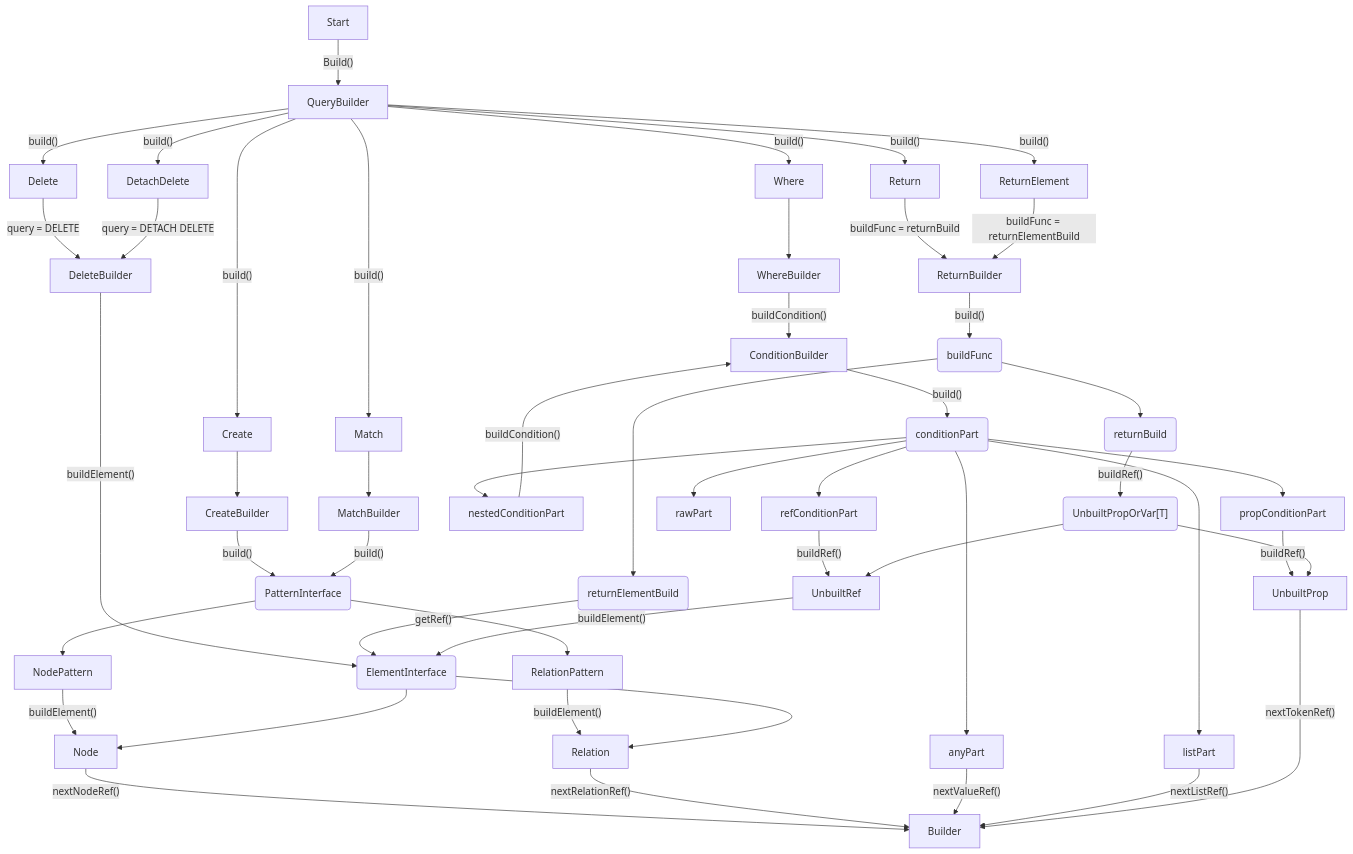
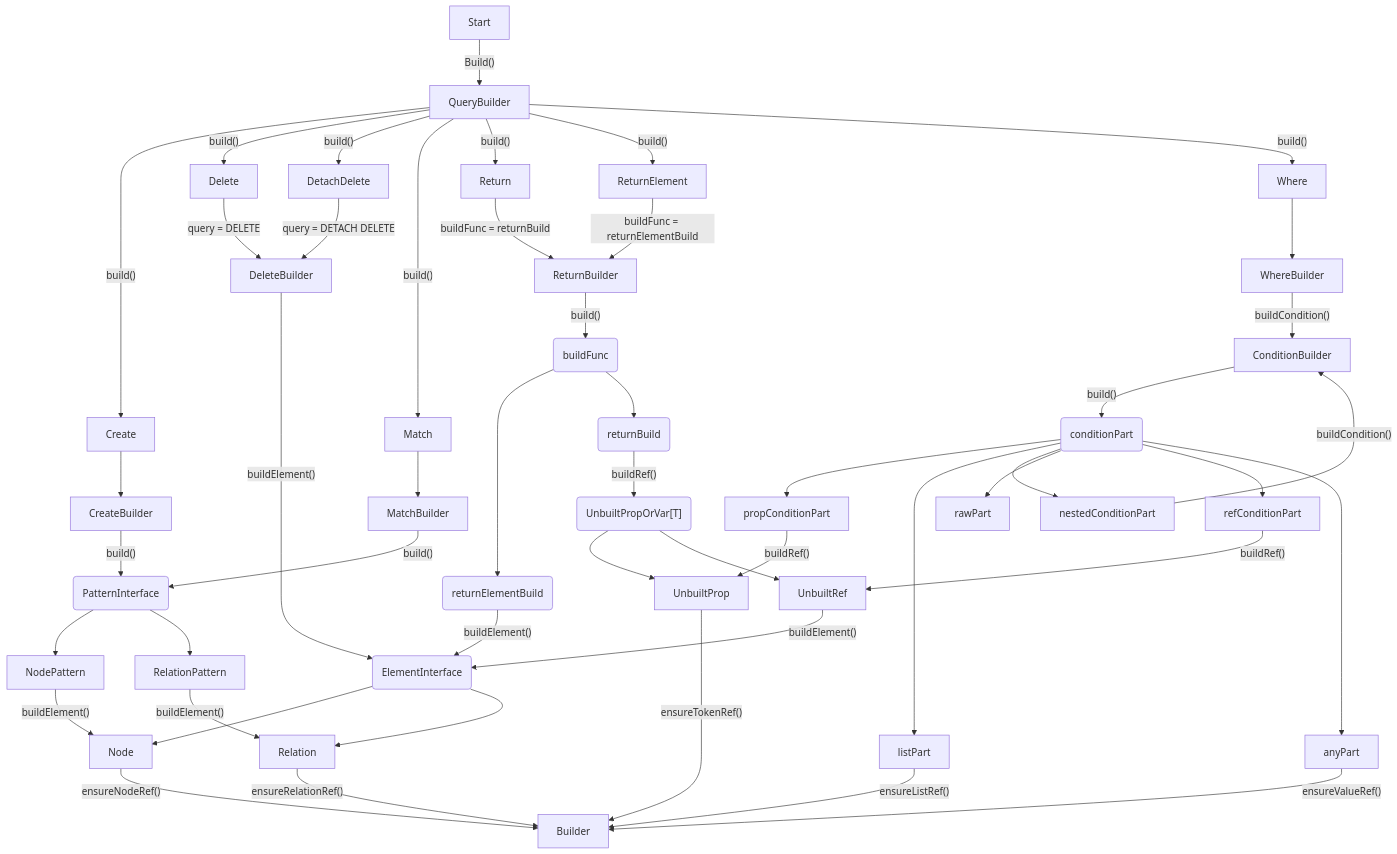
Before and after one commit to Deb84/NeoQueries: the diagram in docs/Build architecture.mermaid, drawn with Mermaid.

Commit message:
docs: update mermaid build diagram

```diff
--- a/docs/Build architecture.mermaid
+++ b/docs/Build architecture.mermaid
@@ -1,68 +1,68 @@
 flowchart TD
     Start --> |"Build()"| QueryBuilder
 
     QueryBuilder --> |"build()"| Create
     QueryBuilder --> |"build()"| Delete
     QueryBuilder --> |"build()"| DetachDelete
     QueryBuilder --> |"build()"| Match
     QueryBuilder --> |"build()"| Return
     QueryBuilder --> |"build()"| ReturnElement
     QueryBuilder --> |"build()"| Where
 
     Create --> CreateBuilder
     Delete --> |"query = DELETE"| DeleteBuilder
     DetachDelete --> |"query = DETACH DELETE"| DeleteBuilder
     Match --> MatchBuilder
     Return --> |"buildFunc = returnBuild"| ReturnBuilder
     ReturnElement --> |"buildFunc = returnElementBuild"| ReturnBuilder
     Where --> WhereBuilder
 
     PatternInterface(PatternInterface)
     ElementInterface(ElementInterface)
     UnbuiltPropOrVar("UnbuiltPropOrVar[T]")
 
     CreateBuilder --> |"build()"| PatternInterface
     DeleteBuilder --> |"buildElement()"| ElementInterface
     MatchBuilder --> |"build()"| PatternInterface
     ReturnBuilder --> |"build()"| buildFunc(buildFunc)
     WhereBuilder --> |"buildCondition()"| ConditionBuilder
 
+    buildFunc --> returnElementBuild("returnElementBuild")
     buildFunc --> returnBuild("returnBuild")
-    buildFunc --> returnElementBuild("returnElementBuild")
 
     returnBuild --> |"buildRef()"| UnbuiltPropOrVar
-    returnElementBuild --> |"getRef()"| ElementInterface
+    returnElementBuild --> |"buildElement()"| ElementInterface
 
 
     PatternInterface --> NodePattern
     PatternInterface -->  RelationPattern
 
     NodePattern --> |"buildElement()"| Node
     RelationPattern --> |"buildElement()"| Relation
 
     ElementInterface --> Node
     ElementInterface --> Relation
 
-    Node --> |"nextNodeRef()"| Builder
-    Relation --> |"nextRelationRef()"| Builder
+    Node --> |"ensureNodeRef()"| Builder
+    Relation --> |"ensureRelationRef()"| Builder
 
     ConditionBuilder --> |"build()"| conditionPart("conditionPart")
 
-    conditionPart --> anyPart
+    conditionPart --> propConditionPart
     conditionPart --> listPart
     conditionPart --> nestedConditionPart
-    conditionPart --> propConditionPart
     conditionPart --> rawPart
     conditionPart --> refConditionPart
+    conditionPart --> anyPart
 
-    refConditionPart --> |"buildRef()"| UnbuiltRef
     propConditionPart --> |"buildRef()"| UnbuiltProp
     nestedConditionPart --> |"buildCondition()"| ConditionBuilder
-    anyPart --> |"nextValueRef()"| Builder
-    listPart --> |"nextListRef()"| Builder
+    listPart --> |"ensureListRef()"| Builder
+    anyPart --> |"ensureValueRef()"| Builder
+    refConditionPart --> |"buildRef()"| UnbuiltRef
 
     UnbuiltPropOrVar --> UnbuiltProp
     UnbuiltPropOrVar --> UnbuiltRef
 
     UnbuiltRef --> |"buildElement()"| ElementInterface
-    UnbuiltProp --> |"nextTokenRef()"| Builder
+    UnbuiltProp --> |"ensureTokenRef()"| Builder
```
